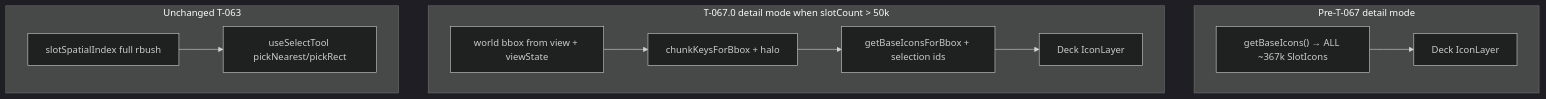
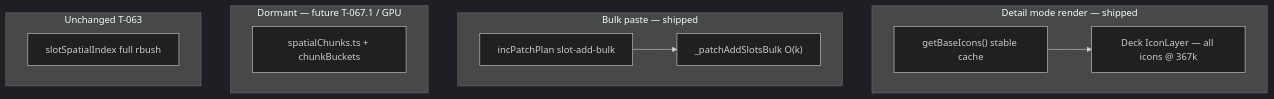
One commit to darkforce09/TBD_Website changed the diagram in Design_Docs/Mission_Creator_Architecture/t067_spatial_chunks.md. Above: the diagram before and after it, drawn with Mermaid (dark theme). The commit also changed other lines of this file and 39 other files, not shown here.

First line of the commit message:
T-067: bulk-paste slot-add-bulk + chunk scaffolding; defer CPU viewport cull.

````diff
--- a/Design_Docs/Mission_Creator_Architecture/t067_spatial_chunks.md
+++ b/Design_Docs/Mission_Creator_Architecture/t067_spatial_chunks.md
@@ -89,17 +101,17 @@
 ```mermaid
 flowchart TB
-  subgraph before [Pre-T-067 detail mode]
-    AllIcons["getBaseIcons() → ALL ~367k SlotIcons"]
-    AllIcons --> Deck1["Deck IconLayer"]
+  subgraph render [Detail mode render — shipped]
+    Base["getBaseIcons() stable cache"]
+    Base --> Deck["Deck IconLayer — all icons @ 367k"]
   end
-  subgraph after [T-067.0 detail mode when slotCount > 50k]
-    Bbox["world bbox from view + viewState"]
-    Bbox --> Keys["chunkKeysForBbox + halo"]
-    Keys --> Filter["getBaseIconsForBbox + selection ids"]
-    Filter --> Deck2["Deck IconLayer"]
+  subgraph paste [Bulk paste — shipped]
+    Plan["incPatchPlan slot-add-bulk"]
+    Plan --> Bulk["_patchAddSlotsBulk O(k)"]
+  end
+  subgraph scaffold [Dormant — future T-067.1 / GPU]
+    Grid["spatialChunks.ts + chunkBuckets"]
   end
   subgraph pick [Unchanged T-063]
     Rtree["slotSpatialIndex full rbush"]
-    Rtree --> SelectTool["useSelectTool pickNearest/pickRect"]
   end
 ```
````
